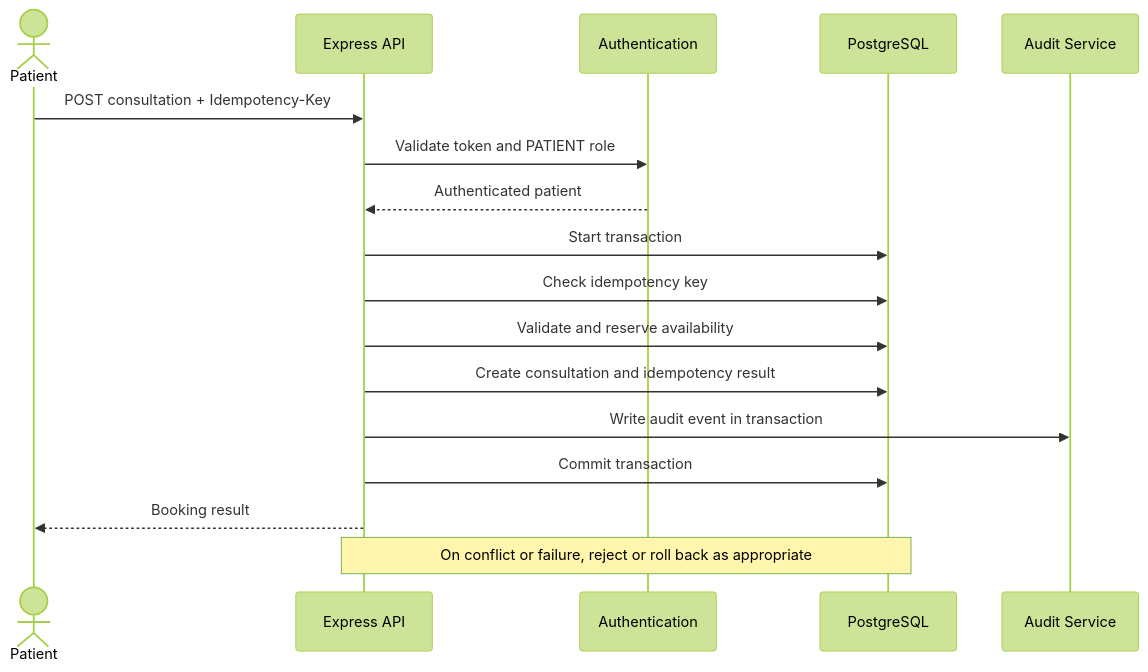
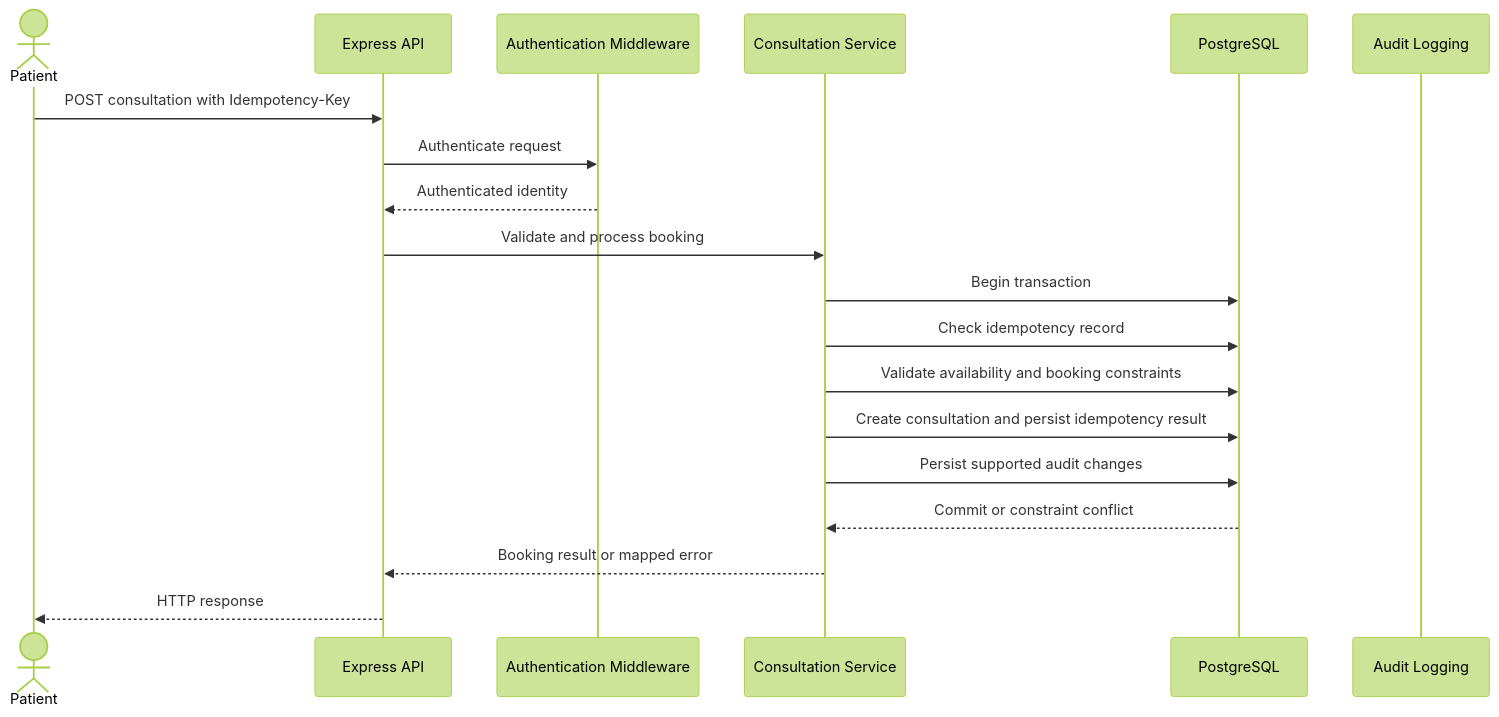
The second of 3 diagrams in docs/architecture.md (ashishmishra4444/amrutam-telemedicine-backend), drawn with Mermaid (forest theme) before and after one commit. The commit also changed other lines of this file and 2 other files, not shown here.

Commit message:
docs: update architecture, security, and OpenAPI specifications

````diff
--- a/docs/architecture.md
+++ b/docs/architecture.md
@@ -75,21 +131,22 @@
 ```mermaid
 sequenceDiagram
     actor Patient
     participant API as Express API
-    participant Auth as Authentication
+    participant Auth as Authentication Middleware
+    participant Service as Consultation Service
     participant DB as PostgreSQL
-    participant Audit as Audit Service
+    participant Audit as Audit Logging
 
-    Patient->>API: POST consultation + Idempotency-Key
-    API->>Auth: Validate token and PATIENT role
-    Auth-->>API: Authenticated patient
-    API->>DB: Start transaction
-    API->>DB: Check idempotency key
-    API->>DB: Validate and reserve availability
-    API->>DB: Create consultation and idempotency result
-    API->>Audit: Write audit event in transaction
-    API->>DB: Commit transaction
-    API-->>Patient: Booking result
-
-    Note over API,DB: On conflict or failure, reject or roll back as appropriate
+    Patient->>API: POST consultation with Idempotency-Key
+    API->>Auth: Authenticate request
+    Auth-->>API: Authenticated identity
+    API->>Service: Validate and process booking
+    Service->>DB: Begin transaction
+    Service->>DB: Check idempotency record
+    Service->>DB: Validate availability and booking constraints
+    Service->>DB: Create consultation and persist idempotency result
+    Service->>DB: Persist supported audit changes
+    DB-->>Service: Commit or constraint conflict
+    Service-->>API: Booking result or mapped error
+    API-->>Patient: HTTP response
 ```
````
